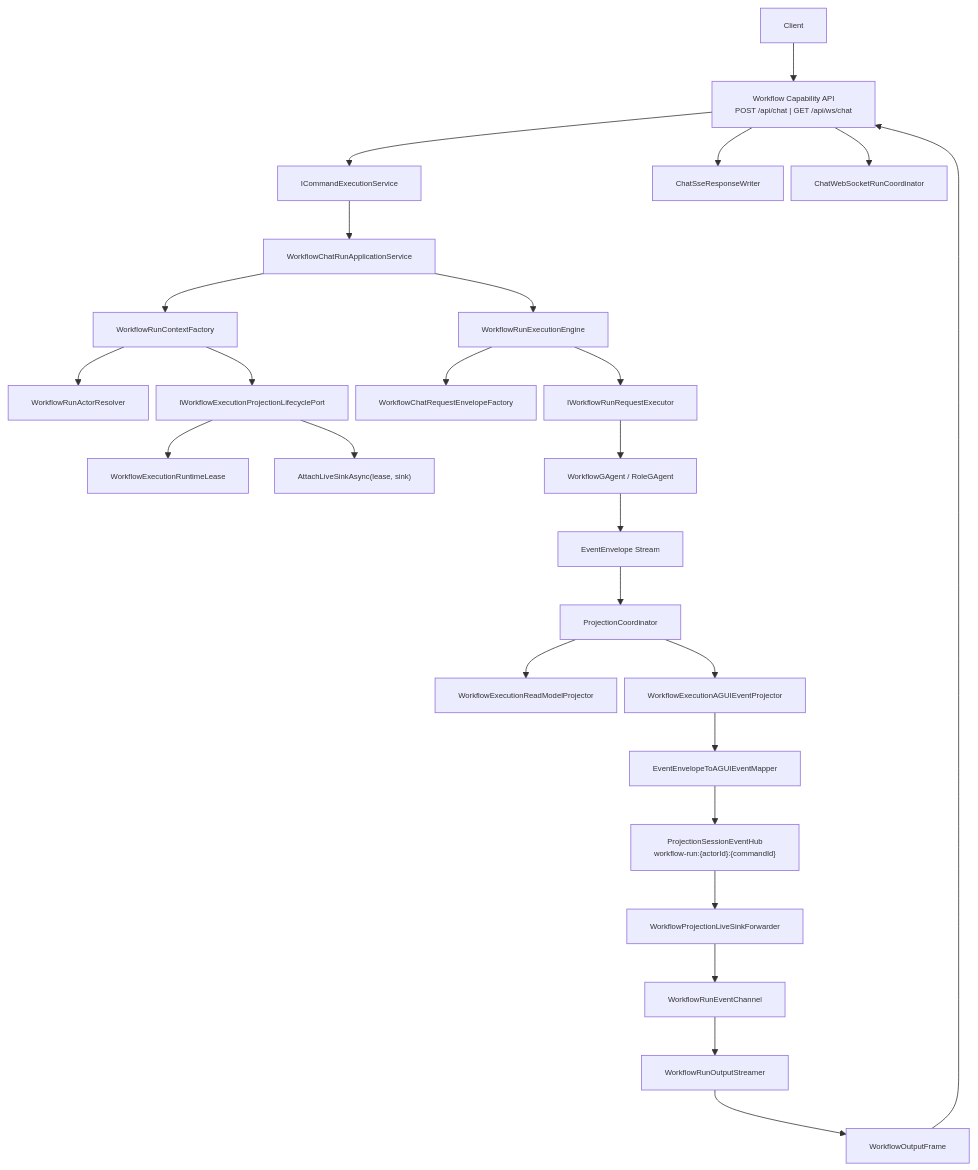
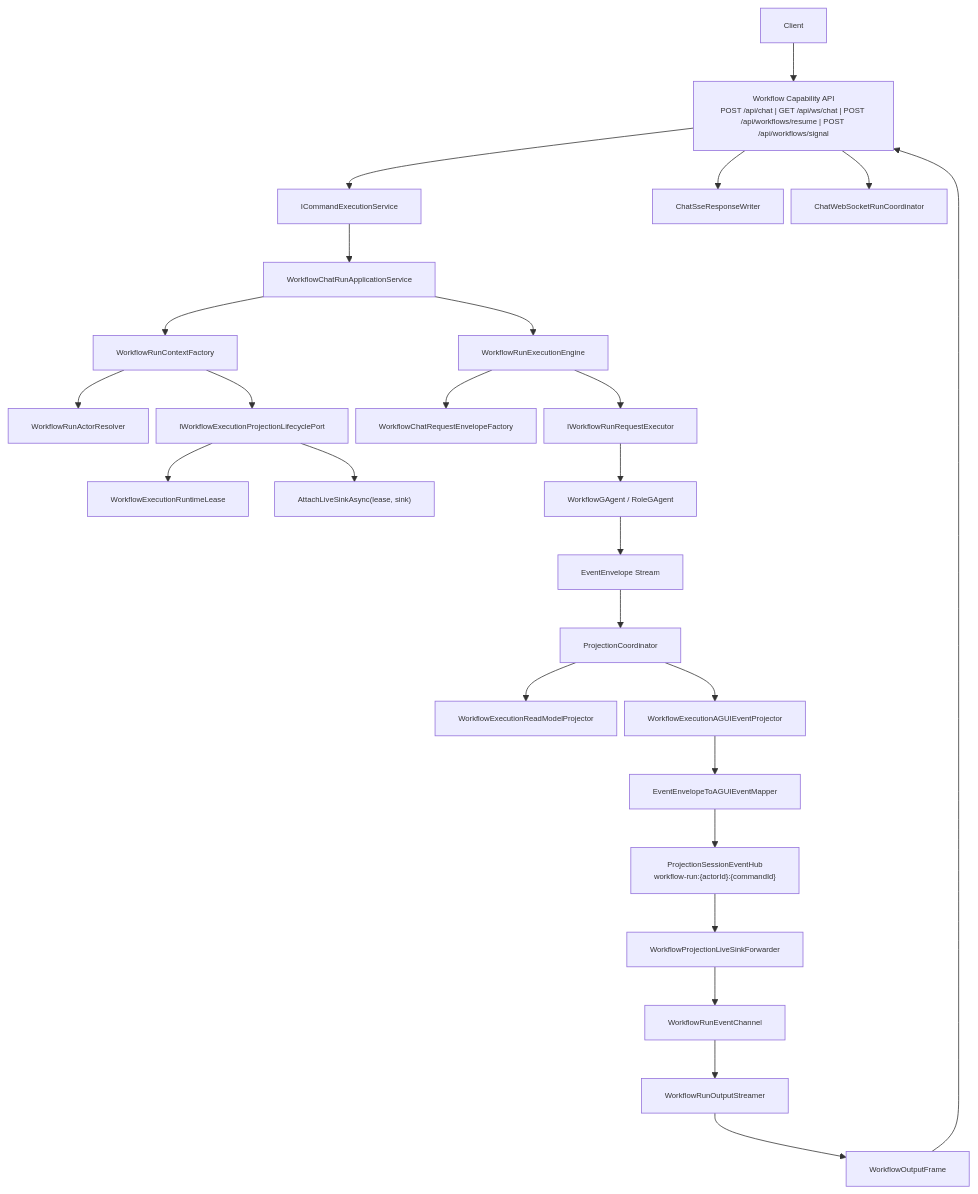
Before and after one commit to aevatarAI/aevatar: the first of 5 diagrams in docs/WORKFLOW_LLM_STREAMING_ARCHITECTURE.md, drawn with Mermaid. The commit also changed other lines of this file and 106 other files, not shown here.

````diff
--- a/docs/WORKFLOW_LLM_STREAMING_ARCHITECTURE.md
+++ b/docs/WORKFLOW_LLM_STREAMING_ARCHITECTURE.md
@@ -53,29 +53,29 @@
 ```mermaid
 %%{init: {"maxTextSize": 100000, "flowchart": {"useMaxWidth": false, "nodeSpacing": 10, "rankSpacing": 50}, "themeVariables": {"fontSize": "10px"}}}%%
 flowchart TB
-    C["Client"] --> H["Workflow Capability API\nPOST /api/chat | GET /api/ws/chat"]
+    C["Client"] --> H["Workflow Capability API\nPOST /api/chat | GET /api/ws/chat | POST /api/workflows/resume | POST /api/workflows/signal"]
     H --> CMD["ICommandExecutionService"]
     CMD --> APP["WorkflowChatRunApplicationService"]
     APP --> CTX["WorkflowRunContextFactory"]
     CTX --> RES["WorkflowRunActorResolver"]
     CTX --> LIF["IWorkflowExecutionProjectionLifecyclePort"]
     LIF --> LEASE["WorkflowExecutionRuntimeLease"]
     LIF --> SUB["AttachLiveSinkAsync(lease, sink)"]
     APP --> ENG["WorkflowRunExecutionEngine"]
     ENG --> FAC["WorkflowChatRequestEnvelopeFactory"]
     ENG --> EXE["IWorkflowRunRequestExecutor"]
     EXE --> ACT["WorkflowGAgent / RoleGAgent"]
     ACT --> EVT["EventEnvelope Stream"]
     EVT --> COOR["ProjectionCoordinator"]
     COOR --> RM["WorkflowExecutionReadModelProjector"]
     COOR --> AGP["WorkflowExecutionAGUIEventProjector"]
     AGP --> MAP["EventEnvelopeToAGUIEventMapper"]
     MAP --> HUB["ProjectionSessionEventHub\nworkflow-run:{actorId}:{commandId}"]
     HUB --> FWD["WorkflowProjectionLiveSinkForwarder"]
     FWD --> CH["WorkflowRunEventChannel"]
     CH --> STR["WorkflowRunOutputStreamer"]
     STR --> FR["WorkflowOutputFrame"]
     FR --> H
     H --> SSE["ChatSseResponseWriter"]
     H --> WS["ChatWebSocketRunCoordinator"]
 ```
````
